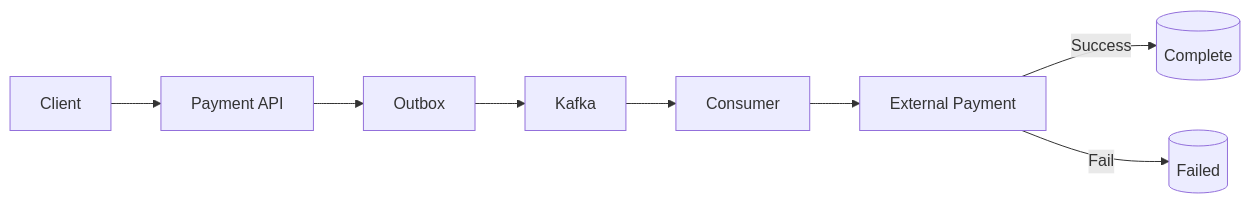
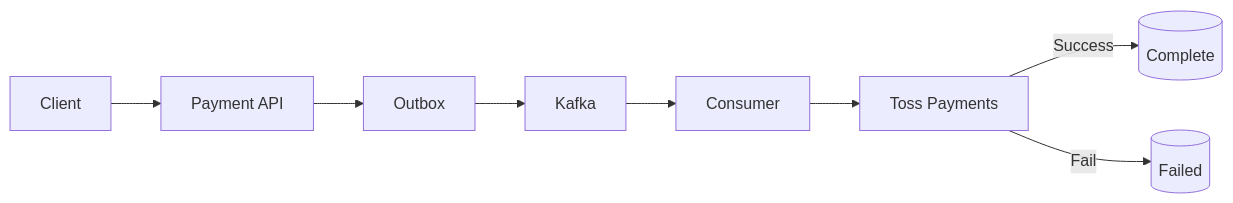
Before and after one commit to jissuk/High-Traffic-E-commerce-Service: the third of 3 diagrams in README.md, drawn with Mermaid.

````diff
--- a/README.md
+++ b/README.md
@@ -107,18 +107,18 @@
 ```mermaid 
 flowchart LR
 
 A[Client]
 --> B[Payment API]
 
 B --> C[Outbox]
 
 C --> D[Kafka]
 
 D --> E[Consumer]
 
-E --> F[External Payment]
+E --> F[Toss Payments]
 
 F -->|Success| G[(Complete)]
 
 F -->|Fail| H[(Failed)]
 ```
````
